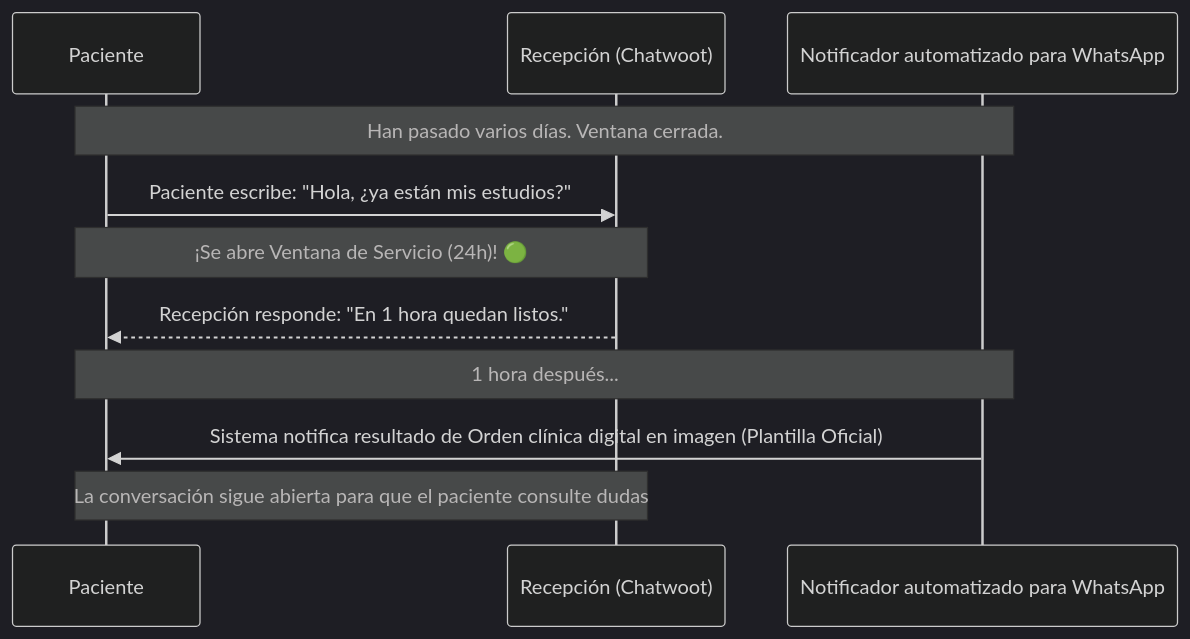
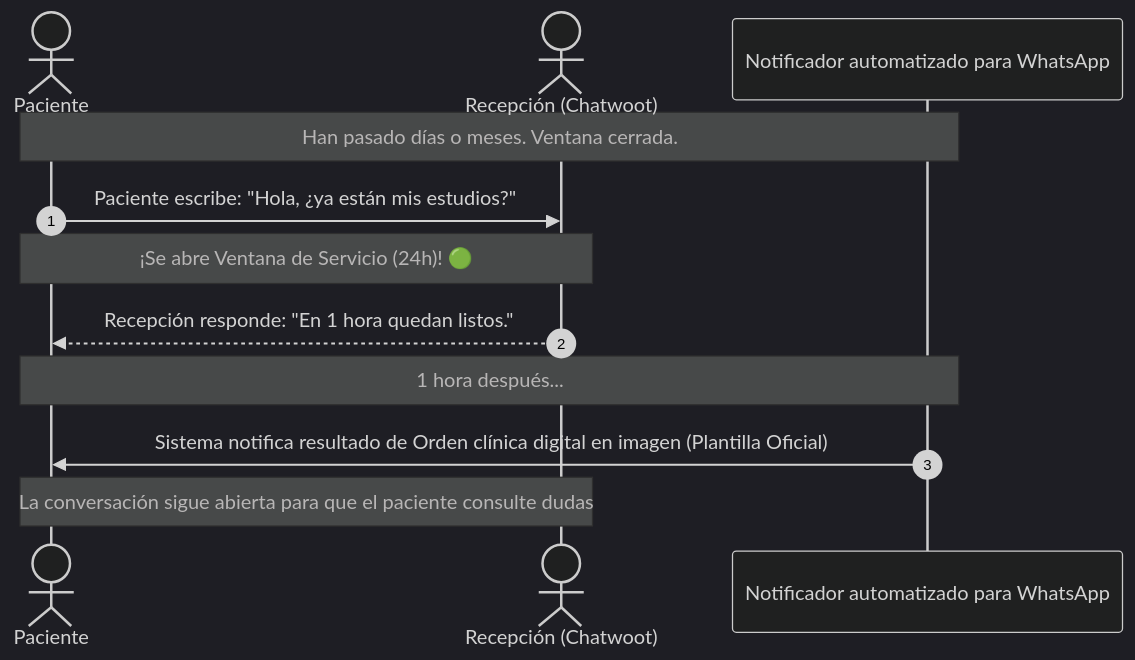
Before and after one commit to cbenavides/caelitandem_home: the diagram in portafolio-dev-2026/blocklabgd/contrato-laesh/v1.0/diagramas1.0/diag6_flujo3.mmd, drawn with Mermaid (dark theme). The commit also changed 14 other files, not shown here.

```diff
--- a/portafolio-dev-2026/blocklabgd/contrato-laesh/v1.0/diagramas1.0/diag6_flujo3.mmd
+++ b/portafolio-dev-2026/blocklabgd/contrato-laesh/v1.0/diagramas1.0/diag6_flujo3.mmd
@@ -1,12 +1,13 @@
 sequenceDiagram
-    participant P as Paciente
-    participant R as Recepción (Chatwoot)
+    autonumber
+    actor P as Paciente
+    actor R as Recepción (Chatwoot)
     participant S as Notificador automatizado para WhatsApp
     
-    Note over P, S: Han pasado varios días. Ventana cerrada.
+    Note over P, S: Han pasado días o meses. Ventana cerrada.
     P->>R: Paciente escribe: "Hola, ¿ya están mis estudios?"
     Note over P, R: ¡Se abre Ventana de Servicio (24h)! 🟢
     R-->>P: Recepción responde: "En 1 hora quedan listos."
     Note over S, P: 1 hora después...
     S->>P: Sistema notifica resultado de Orden clínica digital en imagen (Plantilla Oficial)
     Note over P, R: La conversación sigue abierta para que el paciente consulte dudas
```
